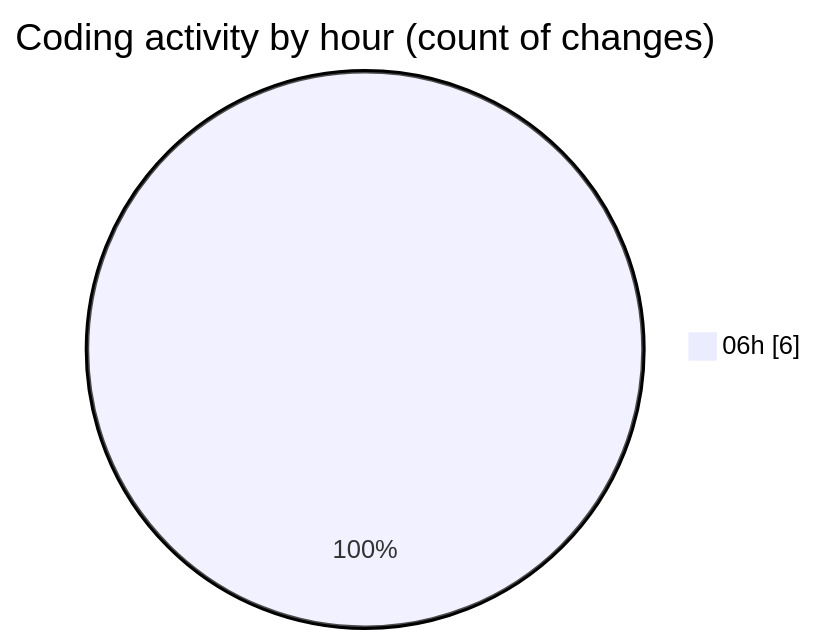
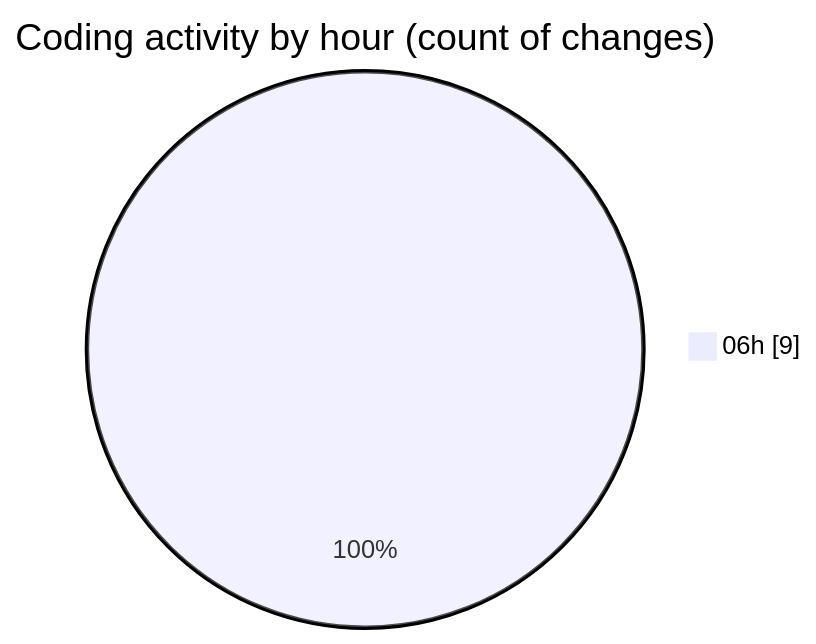
One commit to vahidmafi/code-tracking changed the second of 2 diagrams in 2025-09-20/www/README.md. Above: the diagram before and after it, drawn with Mermaid. The commit also changed other lines of this file and 1 other file, not shown here.

````diff
--- a/2025-09-20/www/README.md
+++ b/2025-09-20/www/README.md
@@ -30,5 +31,5 @@
 ```mermaid
 pie showData
 title Coding activity by hour (count of changes)
-"06h" : 6
+"06h" : 9
 ```
````
